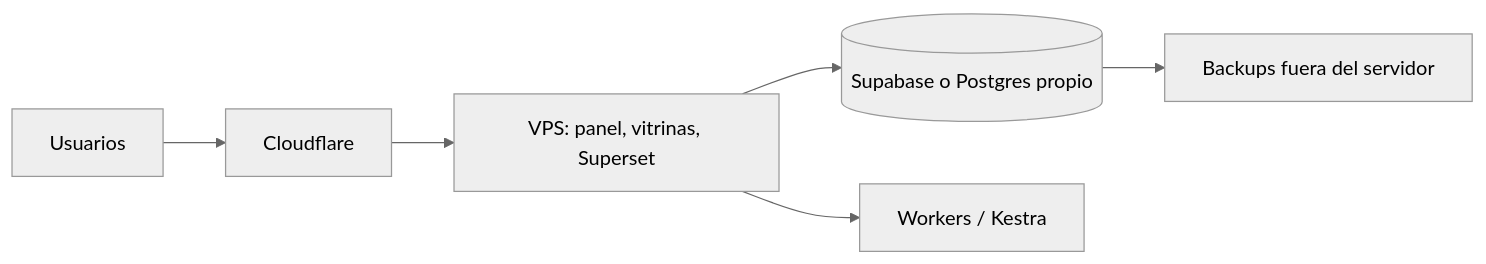
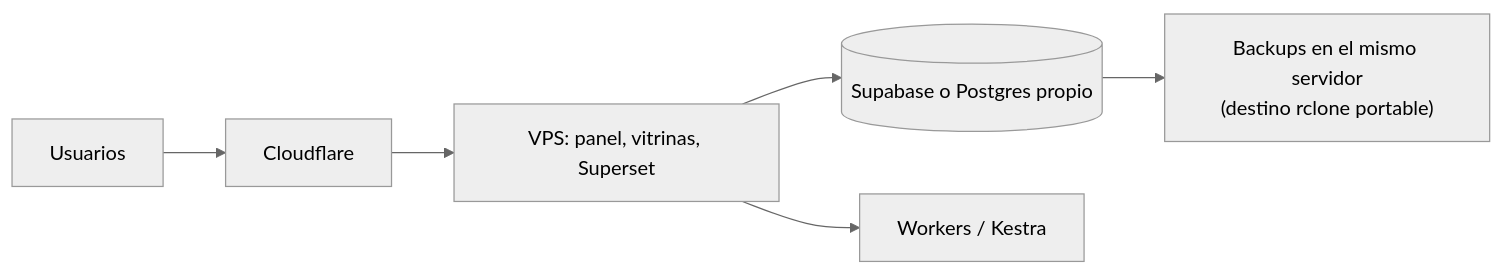
The diagram in docs/system-design/infra.md (nicolasjones/multistorefront-meli), drawn with Mermaid (neutral theme) before and after one commit. The commit also changed other lines of this file and 13 other files, not shown here.

````diff
--- a/docs/system-design/infra.md
+++ b/docs/system-design/infra.md
@@ -11,8 +11,8 @@
 ```mermaid
 flowchart LR
   U[Usuarios] --> CF[Cloudflare]
   CF --> VPS[VPS: panel, vitrinas, Superset]
   VPS --> SB[(Supabase o Postgres propio)]
   VPS --> W[Workers / Kestra]
-  SB --> BK[Backups fuera del servidor]
+  SB --> BK["Backups en el mismo servidor<br/>(destino rclone portable)"]
 ```
````
